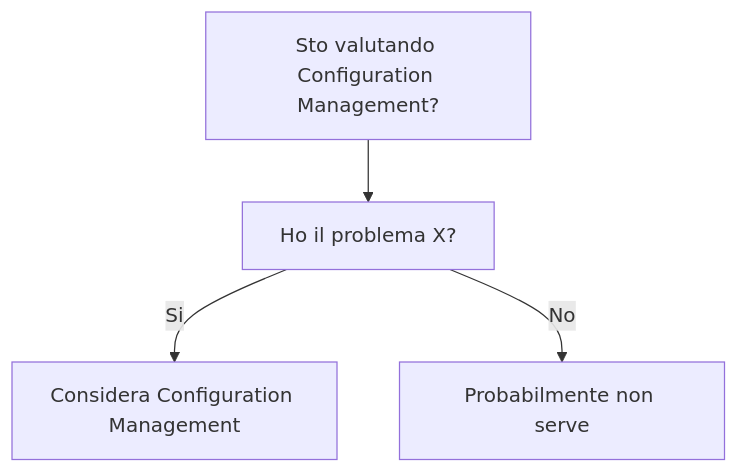
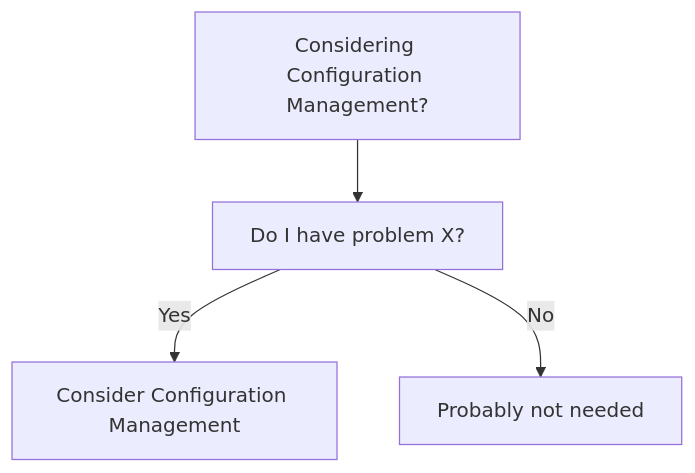
The diagram in dev-wiki/10_DevOps/Configuration_Management/When_To_Use.md (HxT9/Software-Dev-Wiki), drawn with Mermaid before and after one commit. The commit also changed other lines of this file and 3444 other files, not shown here.

````diff
--- a/dev-wiki/10_DevOps/Configuration_Management/When_To_Use.md
+++ b/dev-wiki/10_DevOps/Configuration_Management/When_To_Use.md
@@ -19,6 +19,6 @@
 ```mermaid
 flowchart TD
-  Q[Sto valutando Configuration Management?] --> Q1[Ho il problema X?]
-  Q1 -->|Si| OK[Considera Configuration Management]
-  Q1 -->|No| NO[Probabilmente non serve]
+  Q[Considering Configuration Management?] --> Q1[Do I have problem X?]
+  Q1 -->|Yes| OK[Consider Configuration Management]
+  Q1 -->|No| NO[Probably not needed]
 ```
````
